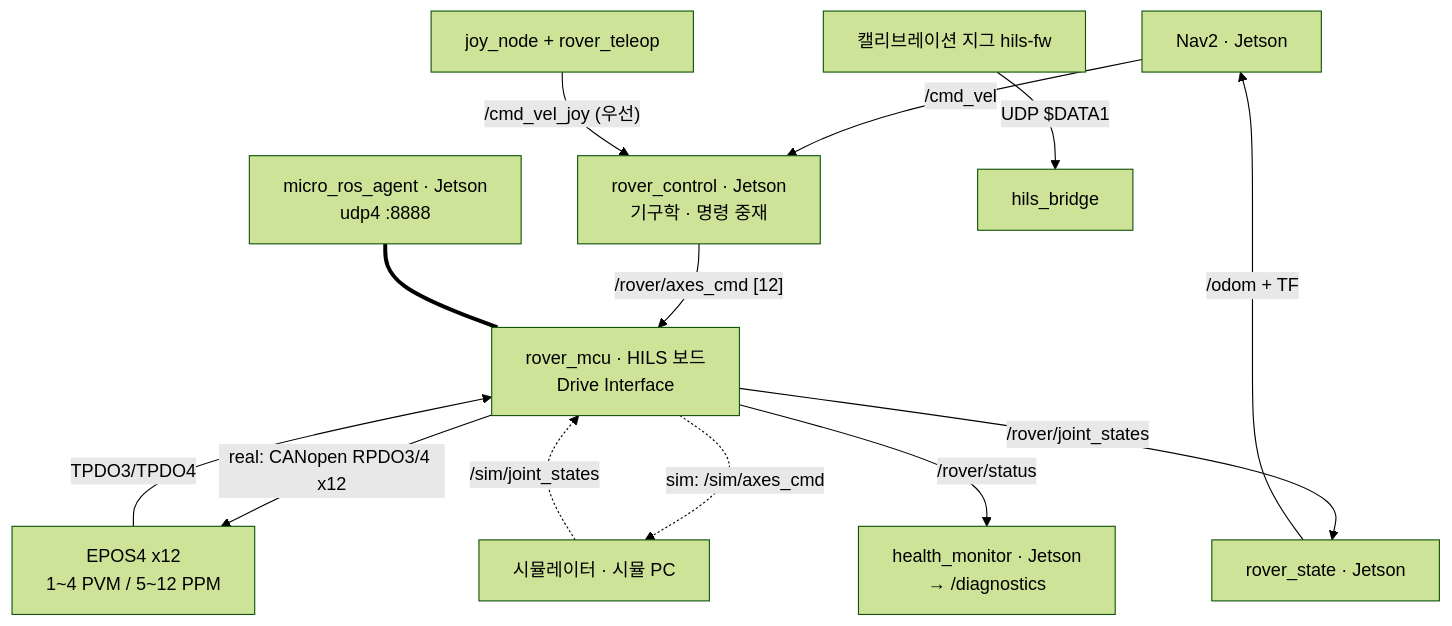
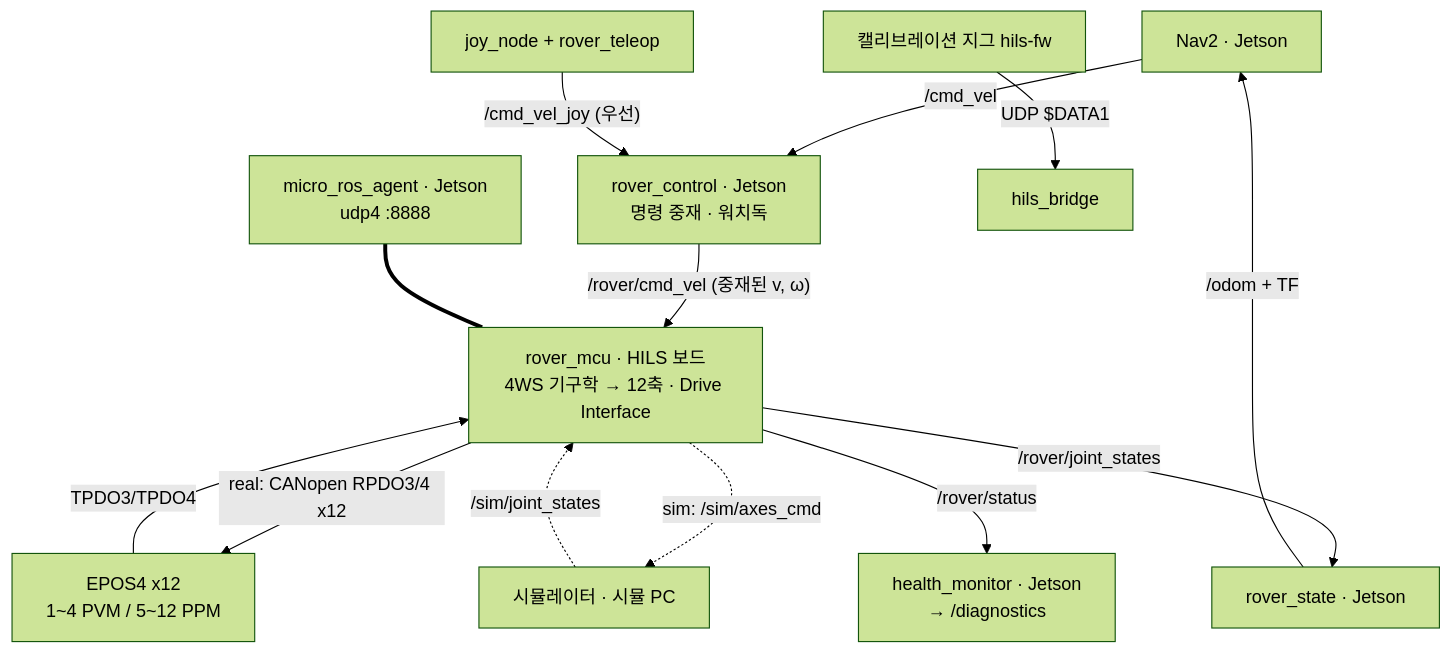
One commit to parclab-hsu/parclab-hsu.github.io changed the diagram in homepage-src/docs/projects/l-project-srs.md. Above: the diagram before and after it, drawn with Mermaid (forest theme). The commit also changed other lines of this file and 8 other files, not shown here.

````diff
--- a/homepage-src/docs/projects/l-project-srs.md
+++ b/homepage-src/docs/projects/l-project-srs.md
@@ -117,14 +126,14 @@
 ```mermaid
 flowchart TB
-    NAV[Nav2 · Jetson] -- /cmd_vel --> RC[rover_control · Jetson<br/>기구학 · 명령 중재]
+    NAV[Nav2 · Jetson] -- /cmd_vel --> RC[rover_control · Jetson<br/>명령 중재 · 워치독]
     JOY[joy_node + rover_teleop] -- "/cmd_vel_joy (우선)" --> RC
-    RC -- "/rover/axes_cmd [12]" --> MCU[rover_mcu · HILS 보드<br/>Drive Interface]
+    RC -- "/rover/cmd_vel (중재된 v, ω)" --> MCU[rover_mcu · HILS 보드<br/>4WS 기구학 → 12축 · Drive Interface]
     MCU -- "real: CANopen RPDO3/4 x12" --> EPOS[EPOS4 x12<br/>1~4 PVM / 5~12 PPM]
     EPOS -- TPDO3/TPDO4 --> MCU
     MCU -. "sim: /sim/axes_cmd" .-> SIM[시뮬레이터 · 시뮬 PC]
     SIM -. /sim/joint_states .-> MCU
     MCU -- /rover/joint_states --> RS[rover_state · Jetson] -- /odom + TF --> NAV
     AG[micro_ros_agent · Jetson<br/>udp4 :8888] === MCU
     MCU -- "/rover/status" --> HM[health_monitor · Jetson<br/>→ /diagnostics]
     JIG[캘리브레이션 지그 hils-fw] -- "UDP $DATA1" --> HB[hils_bridge]
 ```
````
